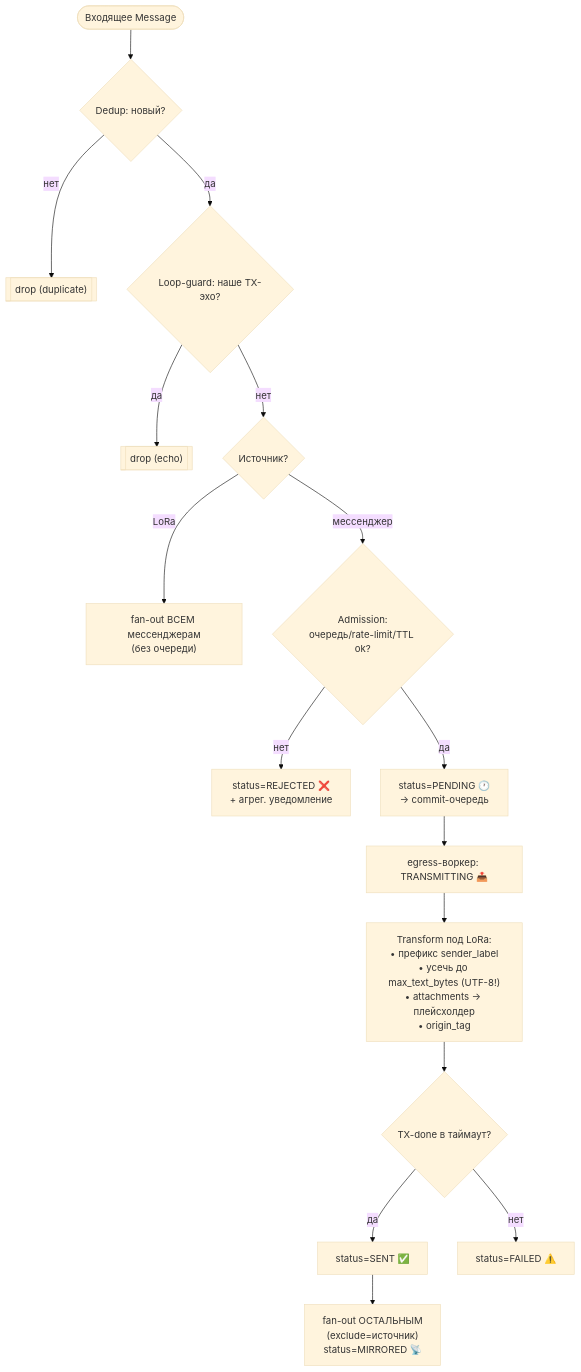
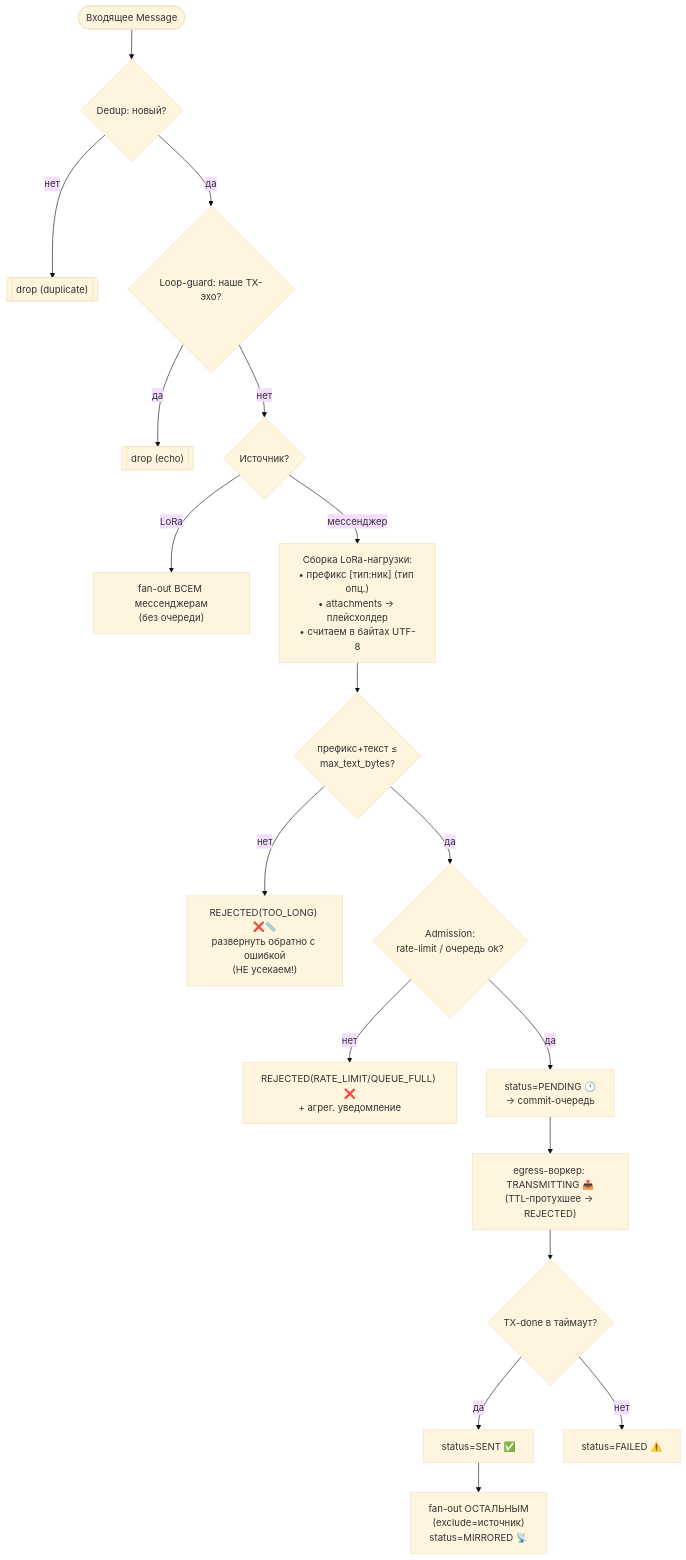
One commit to Flexlug/LoRa-Bridge changed the seventh of 10 diagrams in docs/ARCHITECTURE.md. Above: the diagram before and after it, drawn with Mermaid (base theme). The commit also changed other lines of this file, not shown here.

````diff
--- a/docs/ARCHITECTURE.md
+++ b/docs/ARCHITECTURE.md
@@ -447,18 +506,20 @@
 ```mermaid
 flowchart TB
     IN([Входящее Message]) --> DUP{"Dedup: новый?"}
     DUP -- нет --> D1[["drop (duplicate)"]]
     DUP -- да --> LG{"Loop-guard: наше TX-эхо?"}
     LG -- да --> D2[["drop (echo)"]]
     LG -- нет --> ORI{"Источник?"}
     ORI -- "LoRa" --> FOL["fan-out ВСЕМ мессенджерам\n(без очереди)"]
-    ORI -- "мессенджер" --> ADM{"Admission:\nочередь/rate-limit/TTL ok?"}
-    ADM -- нет --> REJ["status=REJECTED ❌\n+ агрег. уведомление"]
+    ORI -- "мессенджер" --> CMP["Сборка LoRa-нагрузки:\n• префикс [тип:ник] (тип опц.)\n• attachments → плейсхолдер\n• считаем в байтах UTF-8"]
+    CMP --> SZ{"префикс+текст ≤\nmax_text_bytes?"}
+    SZ -- нет --> RJL["REJECTED(TOO_LONG) ❌📏\nразвернуть обратно с ошибкой\n(НЕ усекаем!)"]
+    SZ -- да --> ADM{"Admission:\nrate-limit / очередь ok?"}
+    ADM -- нет --> REJ["REJECTED(RATE_LIMIT/QUEUE_FULL) ❌\n+ агрег. уведомление"]
     ADM -- да --> PEND["status=PENDING 🕐\n→ commit-очередь"]
-    PEND --> WRK["egress-воркер: TRANSMITTING 📤"]
-    WRK --> XF["Transform под LoRa:\n• префикс sender_label\n• усечь до max_text_bytes (UTF-8!)\n• attachments → плейсхолдер\n• origin_tag"]
-    XF --> TX{"TX-done в таймаут?"}
+    PEND --> WRK["egress-воркер: TRANSMITTING 📤\n(TTL-протухшее → REJECTED)"]
+    WRK --> TX{"TX-done в таймаут?"}
     TX -- да --> SENT["status=SENT ✅"]
     SENT --> MIR["fan-out ОСТАЛЬНЫМ\n(exclude=источник)\nstatus=MIRRORED 📡"]
     TX -- нет --> FAIL["status=FAILED ⚠️"]
 ```
````
